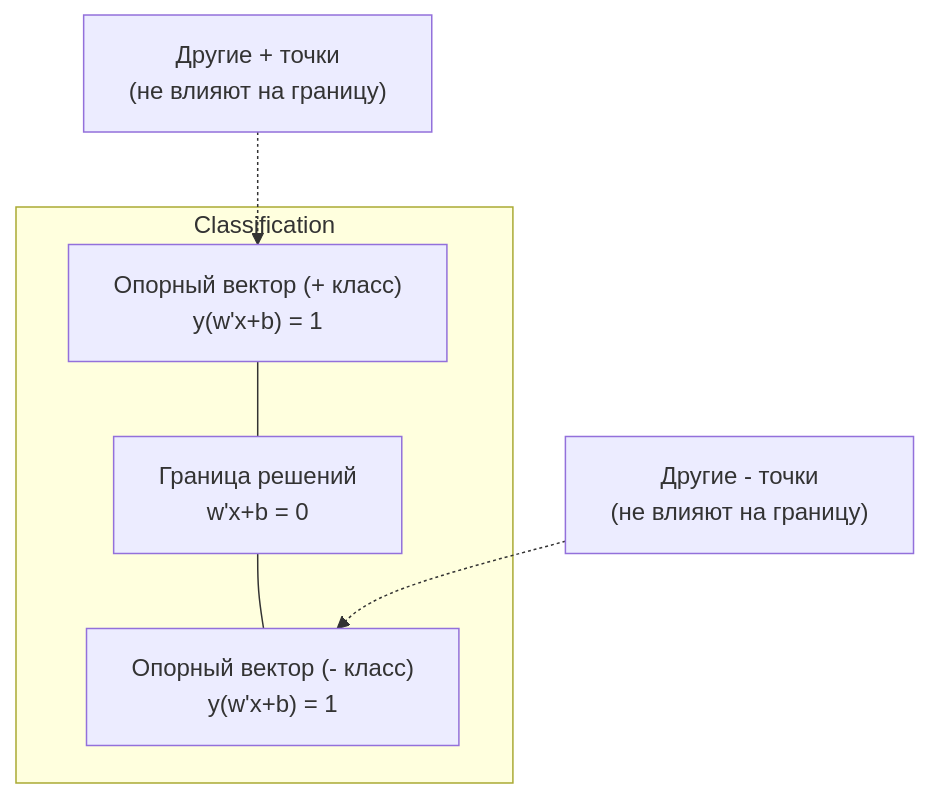
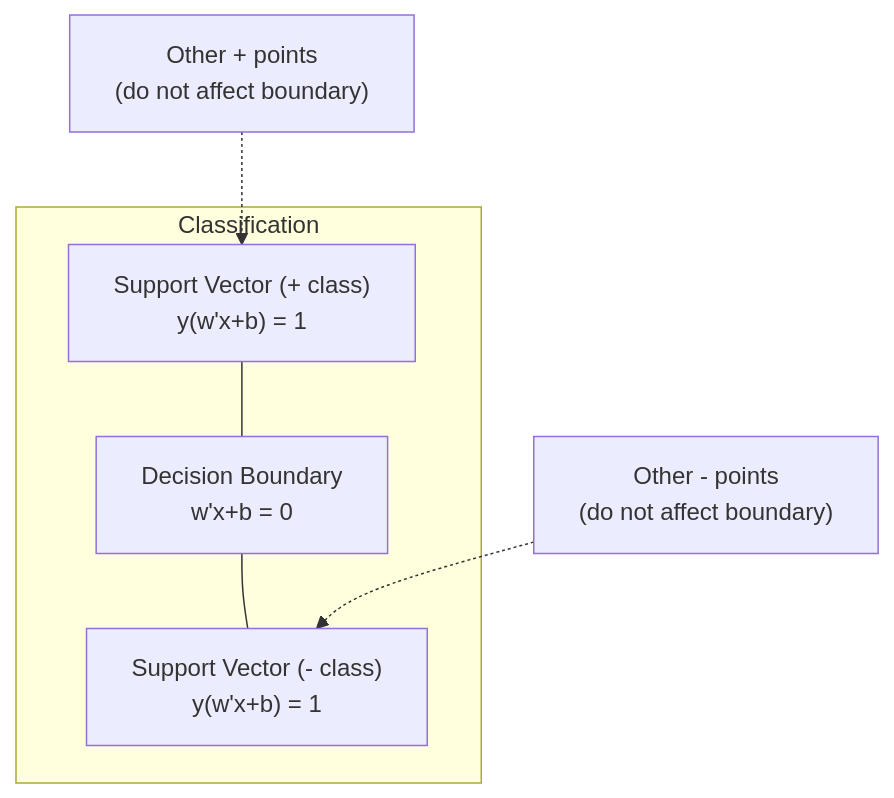
The second of 3 diagrams in phases/02-ml-fundamentals/05-support-vector-machines/docs/ru.md (stabuev/ai-engineering-from-scratch), drawn with Mermaid before and after one commit. The commit also changed other lines of this file and 182 other files, not shown here.

````diff
--- a/phases/02-ml-fundamentals/05-support-vector-machines/docs/ru.md
+++ b/phases/02-ml-fundamentals/05-support-vector-machines/docs/ru.md
@@ -70,9 +70,9 @@
 ```mermaid
 graph TD
     subgraph Classification
-        SV1["Опорный вектор (+ класс)<br>y(w'x+b) = 1"] --- DB["Граница решений<br>w'x+b = 0"]
-        DB --- SV2["Опорный вектор (- класс)<br>y(w'x+b) = 1"]
+        SV1["Support Vector (+ class)<br>y(w'x+b) = 1"] --- DB["Decision Boundary<br>w'x+b = 0"]
+        DB --- SV2["Support Vector (- class)<br>y(w'x+b) = 1"]
     end
-    O1["Другие + точки<br>(не влияют на границу)"] -.-> SV1
-    O2["Другие - точки<br>(не влияют на границу)"] -.-> SV2
+    O1["Other + points<br>(do not affect boundary)"] -.-> SV1
+    O2["Other - points<br>(do not affect boundary)"] -.-> SV2
 ```
````
